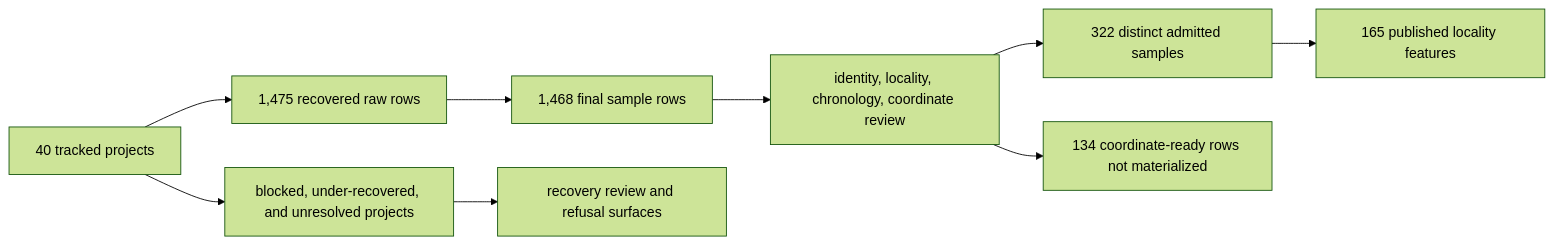
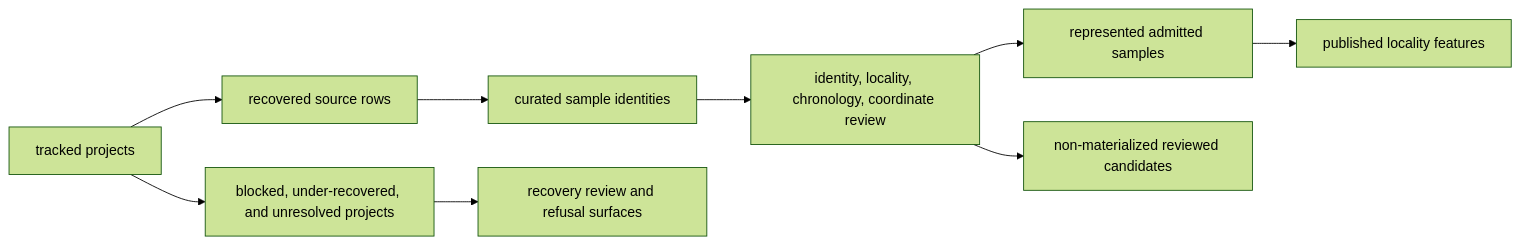
Before and after one commit to bijux/bijux-pollenomics: the third of 4 diagrams in docs/public/pollenomics-data/overview/animal-ancient-dna-evidence.md, drawn with Mermaid (forest theme). The commit also changed other lines of this file and 2 other files, not shown here.

````diff
--- a/docs/public/pollenomics-data/overview/animal-ancient-dna-evidence.md
+++ b/docs/public/pollenomics-data/overview/animal-ancient-dna-evidence.md
@@ -132,11 +123,11 @@
 ```mermaid
 flowchart LR
-    Inventory["40 tracked projects"] --> Recovery["1,475 recovered raw rows"]
-    Recovery --> Foundation["1,468 final sample rows"]
+    Inventory["tracked projects"] --> Recovery["recovered source rows"]
+    Recovery --> Foundation["curated sample identities"]
     Foundation --> Review["identity, locality, chronology, coordinate review"]
-    Review --> Samples["322 distinct admitted samples"]
-    Samples --> Points["165 published locality features"]
-    Review --> Excluded["134 coordinate-ready rows not materialized"]
+    Review --> Samples["represented admitted samples"]
+    Samples --> Points["published locality features"]
+    Review --> Excluded["non-materialized reviewed candidates"]
     Inventory --> Gaps["blocked, under-recovered, and unresolved projects"]
     Gaps --> Accountability["recovery review and refusal surfaces"]
 ```
````
